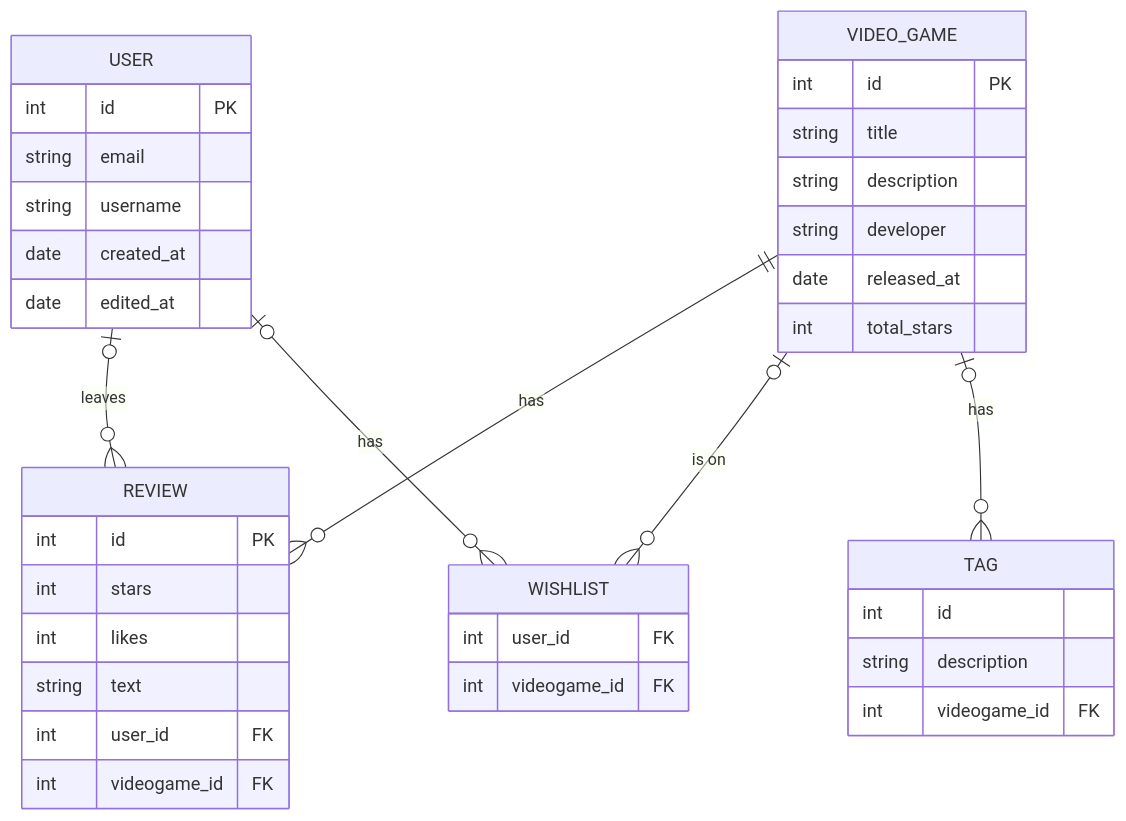
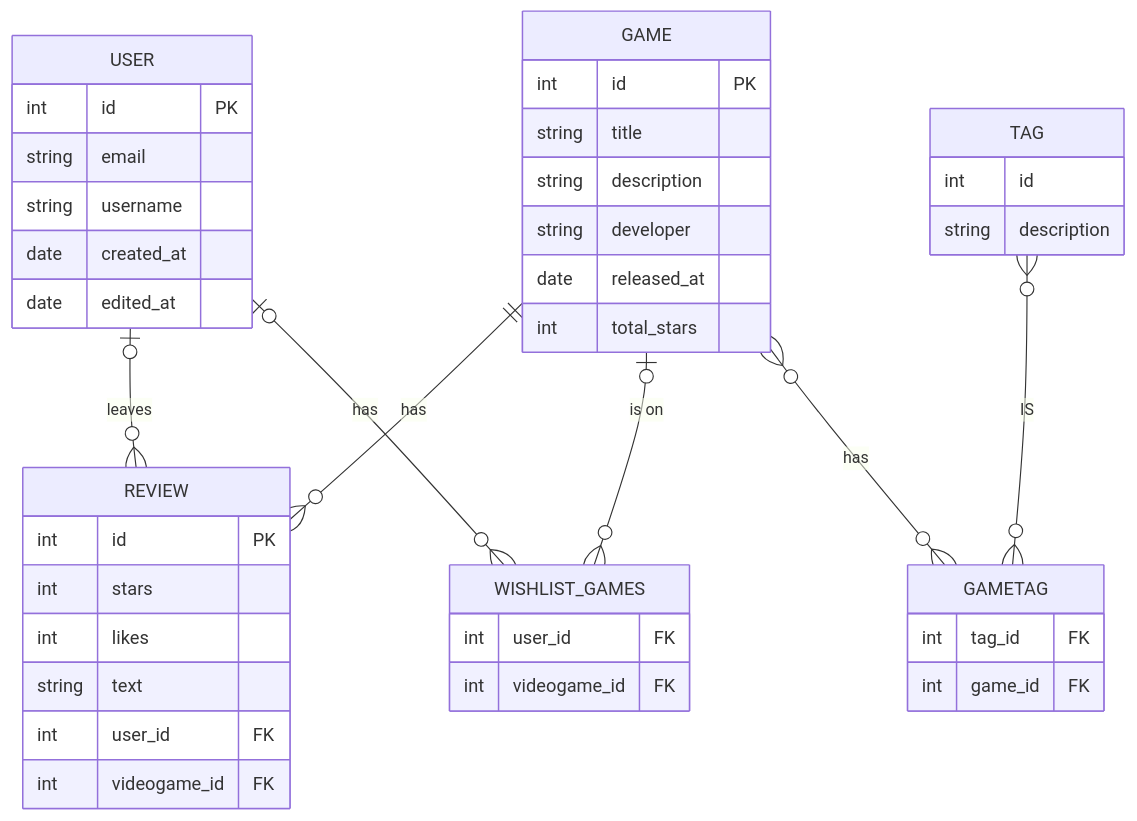
One commit to TarynBeaupre/VideoGamed changed the diagram in README.md. Above: the diagram before and after it, drawn with Mermaid. The commit also changed other lines of this file and 1 other file, not shown here.

Commit message:
Slightly modified the er diagram and some user stories

````diff
--- a/README.md
+++ b/README.md
@@ -58,46 +56,52 @@
 ```mermaid
 erDiagram
-    VIDEO_GAME ||--o{ REVIEW : has
+    GAME ||--o{ REVIEW : has
     USER |o--o{ REVIEW : "leaves"
-    USER |o--o{ WISHLIST : "has"
-    VIDEO_GAME |o--o{ WISHLIST : "is on"
-    VIDEO_GAME |o--o{ TAG : "has"
+    USER |o--o{ WISHLIST_GAMES : "has"
+    GAME |o--o{ WISHLIST_GAMES : "is on"
+    GAME }o--o{ GAMETAG : "has"
+    TAG }o--o{ GAMETAG : "IS"
+
 
     REVIEW {
         int id PK
         int stars
         int likes
         string text
         int user_id FK 
         int videogame_id FK 
     }
 
 
-    VIDEO_GAME {
+    GAME {
         int id PK
         string title
         string description
         string developer
         date released_at
         int total_stars
     }
 
     USER {
         int id PK
         string email
         string username
         date created_at
         date edited_at
     }
 
-    WISHLIST {
+    WISHLIST_GAMES {
         int user_id FK 
         int videogame_id FK
     }
 
     TAG {
         int id
         string description
-        int videogame_id FK
+    }
+
+    GAMETAG{
+        int tag_id FK 
+        int game_id FK
     }
 ```
````
